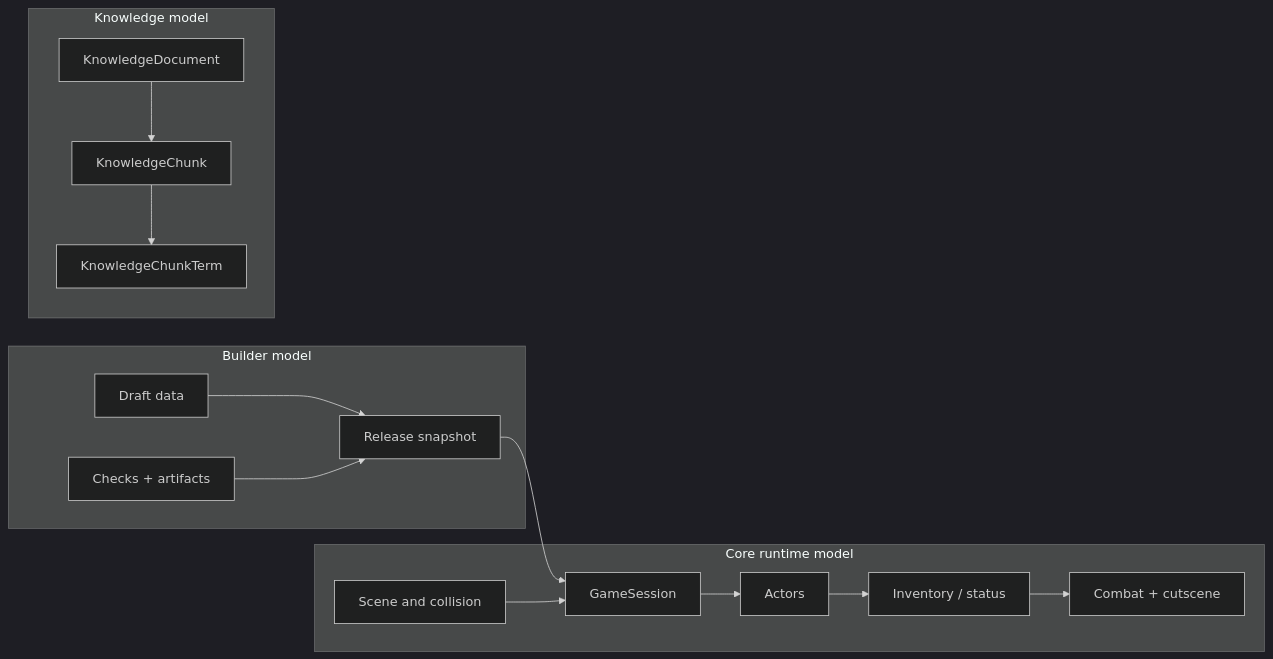
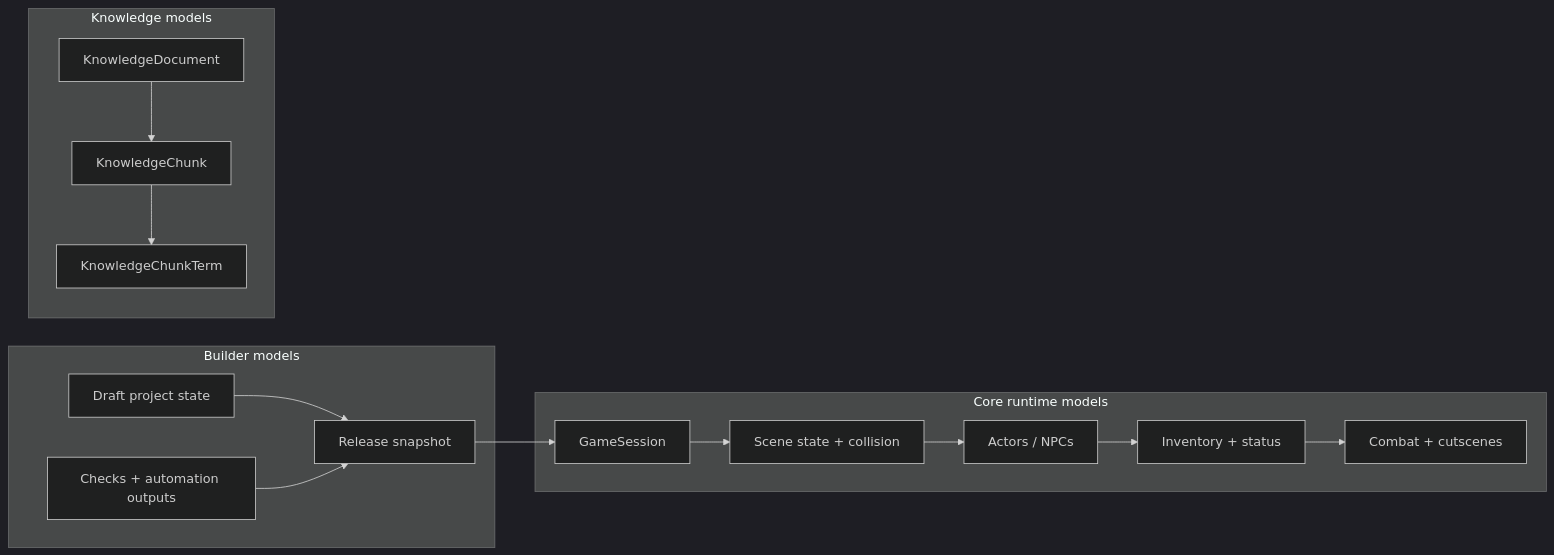
Before and after one commit to d4551/tea: the ninth of 12 diagrams in README.md, drawn with Mermaid (dark theme). The commit also changed other lines of this file and 2 other files, not shown here.

Commit message:
Align README to line-by-line bilingual format with collapsible bilingual mermaid charts

````diff
--- a/README.md
+++ b/README.md
@@ -218,30 +428,28 @@
 ```mermaid
 flowchart LR
-  subgraph CoreRuntime["Core runtime model"]
+  subgraph CoreModels["Core runtime models"]
     GS["GameSession"]
-    SN["Scene and collision"]
-    AC["Actors"]
-    IV["Inventory / status"]
-    CX["Combat + cutscene"]
+    SC["Scene state + collision"]
+    AC["Actors / NPCs"]
+    IV["Inventory + status"]
+    CB["Combat + cutscenes"]
   end
 
-  subgraph BuilderModel["Builder model"]
-    DR["Draft data"]
+  subgraph BuilderModels["Builder models"]
+    DR["Draft project state"]
     RL["Release snapshot"]
-    CH["Checks + artifacts"]
+    CH["Checks + automation outputs"]
   end
 
-  subgraph KnowledgeModel["Knowledge model"]
+  subgraph KnowledgeModels["Knowledge models"]
     KD["KnowledgeDocument"]
     KC["KnowledgeChunk"]
     KT["KnowledgeChunkTerm"]
   end
 
   DR --> RL --> GS
   CH --> RL
-  GS --> AC
-  AC --> IV
-  IV --> CX
-  SN --> GS
+  GS --> SC --> AC
+  AC --> IV --> CB
   KD --> KC --> KT
 ```
````
